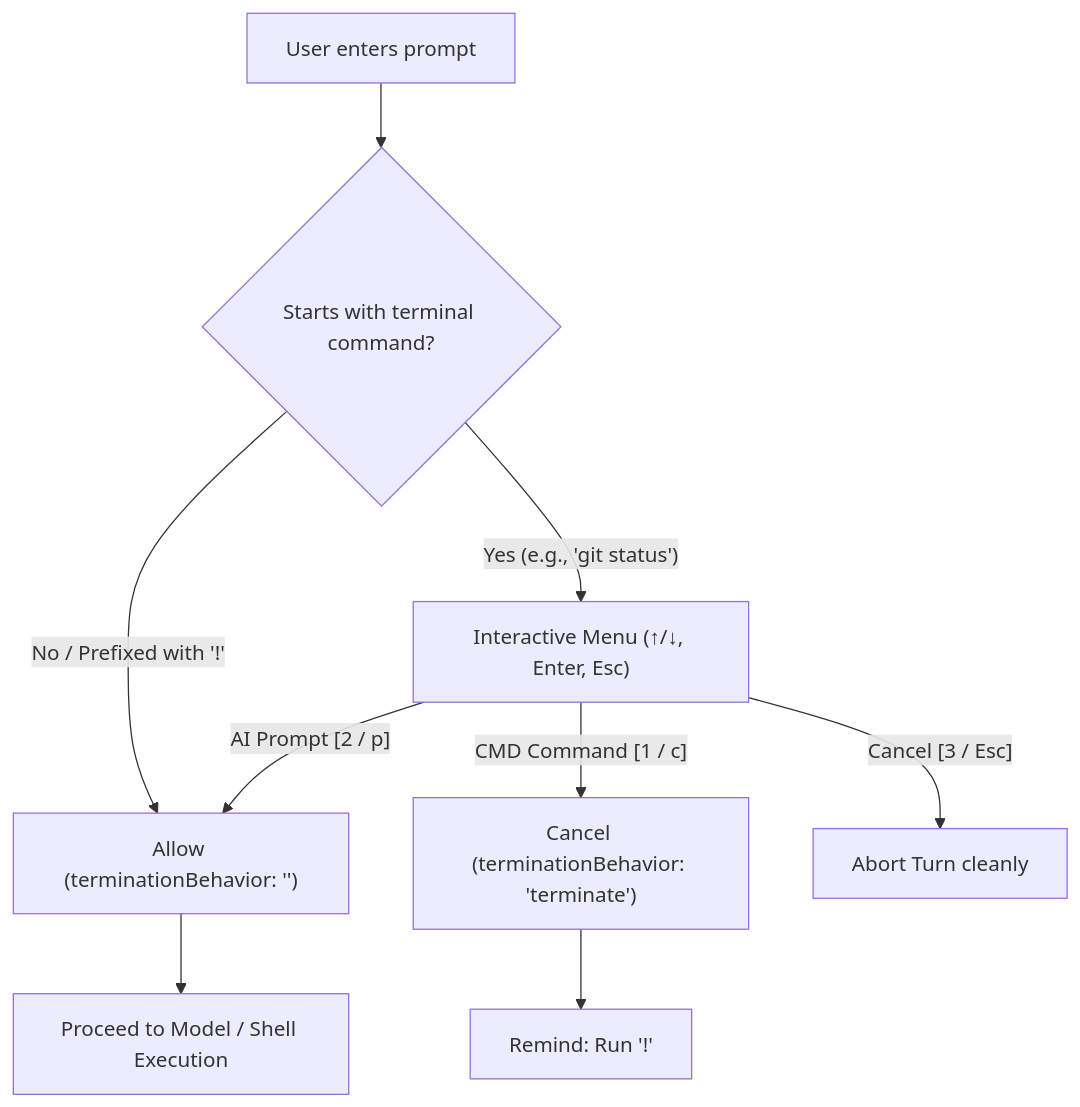
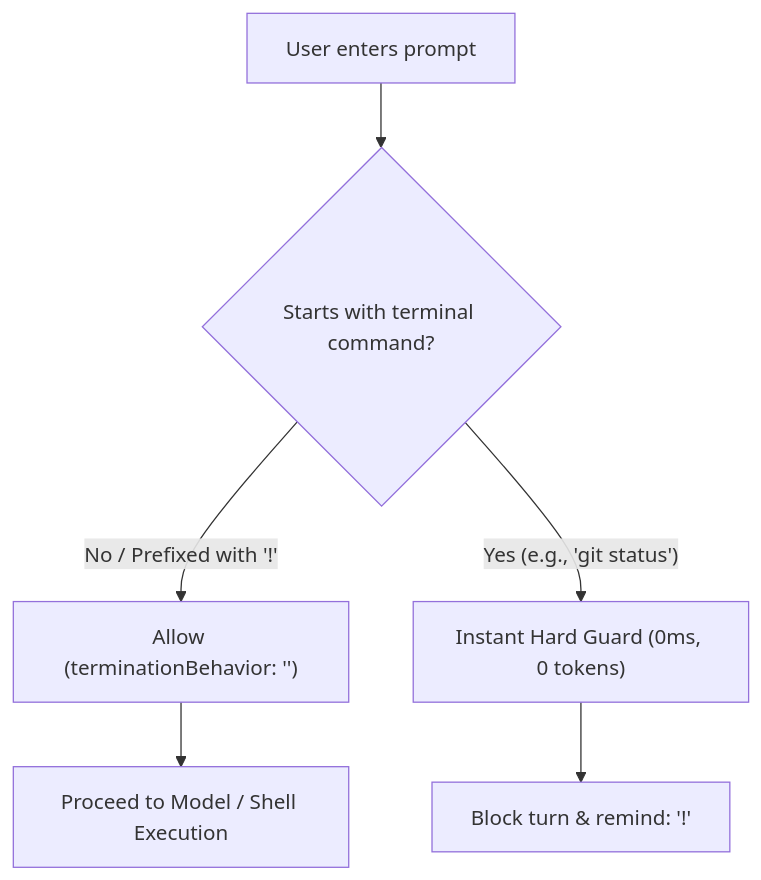
Before and after one commit to adublanche/antigravity-bash-guard: the diagram in README.md, drawn with Mermaid. The commit also changed other lines of this file and 1 other file, not shown here.

Commit message:
feat: implement instant hard-stop guard for shell commands

````diff
--- a/README.md
+++ b/README.md
@@ -53,9 +45,7 @@
 ```mermaid
 flowchart TD
     A[User enters prompt] --> B{Starts with terminal command?}
     B -- "No / Prefixed with '!'" --> C["Allow (terminationBehavior: '')"] --> D[Proceed to Model / Shell Execution]
-    B -- "Yes (e.g., 'git status')" --> E["Interactive Menu (↑/↓, Enter, Esc)"]
-    E -- "AI Prompt [2 / p]" --> C
-    E -- "CMD Command [1 / c]" --> F["Cancel (terminationBehavior: 'terminate')"] --> G["Remind: Run '!<cmd>'"]
-    E -- "Cancel [3 / Esc]" --> H["Abort Turn cleanly"]
+    B -- "Yes (e.g., 'git status')" --> E["Instant Hard Guard (0ms, 0 tokens)"]
+    E --> F["Block turn & remind: '!<prompt>'"]
 ```
````
